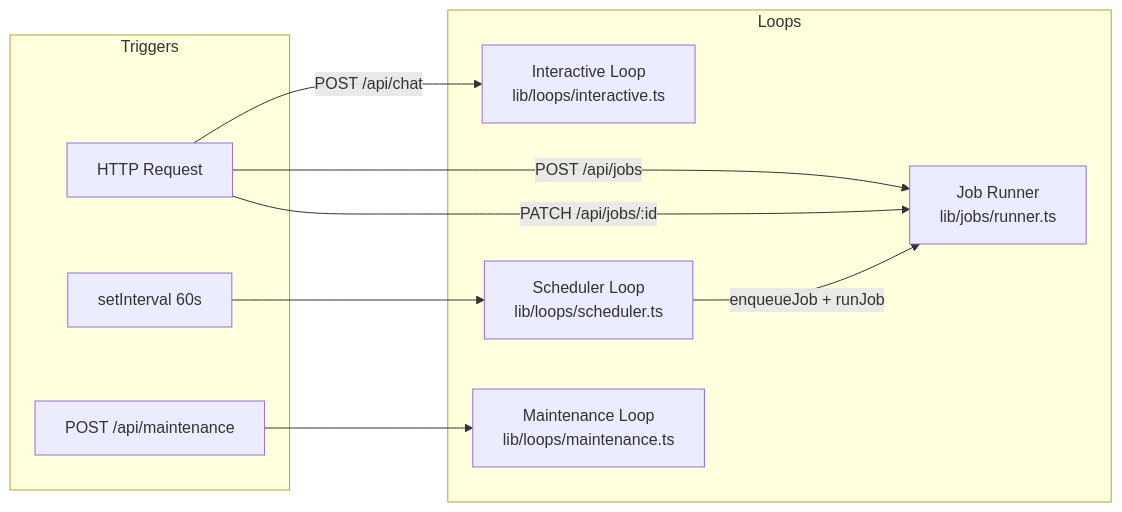
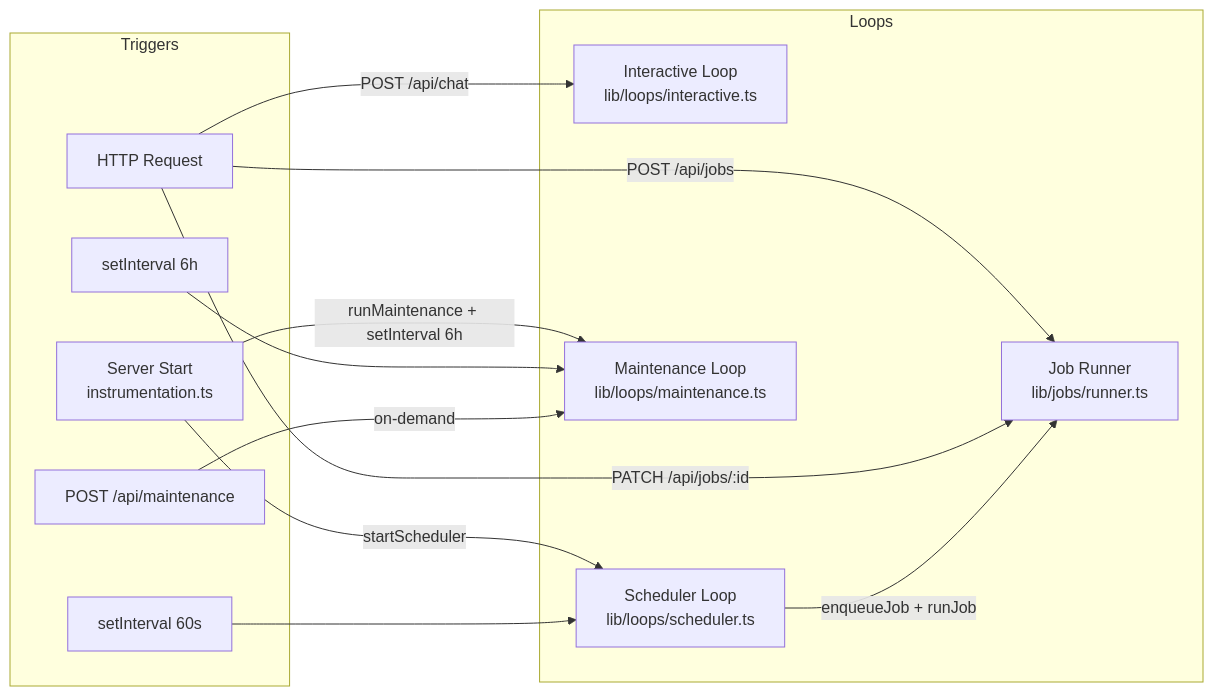
One commit to nalbam/luminary changed the first of 2 diagrams in docs/architecture/runtime-loops.md. Above: the diagram before and after it, drawn with Mermaid. The commit also changed other lines of this file and 2 other files, not shown here.

Commit message:
fix: bootstrap scheduler and maintenance loops via instrumentation.ts

````diff
--- a/docs/architecture/runtime-loops.md
+++ b/docs/architecture/runtime-loops.md
@@ -9,22 +9,27 @@
 ```mermaid
 graph LR
     subgraph Triggers
+        BOOT[Server Start\ninstrumentation.ts]
         HTTP[HTTP Request]
-        TIMER[setInterval 60s]
+        TIMER60[setInterval 60s]
+        TIMER6H[setInterval 6h]
         MANUAL[POST /api/maintenance]
     end
 
     subgraph Loops
         IL[Interactive Loop\nlib/loops/interactive.ts]
         JR[Job Runner\nlib/jobs/runner.ts]
         SL[Scheduler Loop\nlib/loops/scheduler.ts]
         ML[Maintenance Loop\nlib/loops/maintenance.ts]
     end
 
+    BOOT -->|startScheduler| SL
+    BOOT -->|runMaintenance + setInterval 6h| ML
     HTTP -->|POST /api/chat| IL
     HTTP -->|POST /api/jobs| JR
     HTTP -->|PATCH /api/jobs/:id| JR
-    TIMER --> SL
+    TIMER60 --> SL
+    TIMER6H --> ML
     SL -->|enqueueJob + runJob| JR
-    MANUAL --> ML
+    MANUAL -->|on-demand| ML
 ```
````
